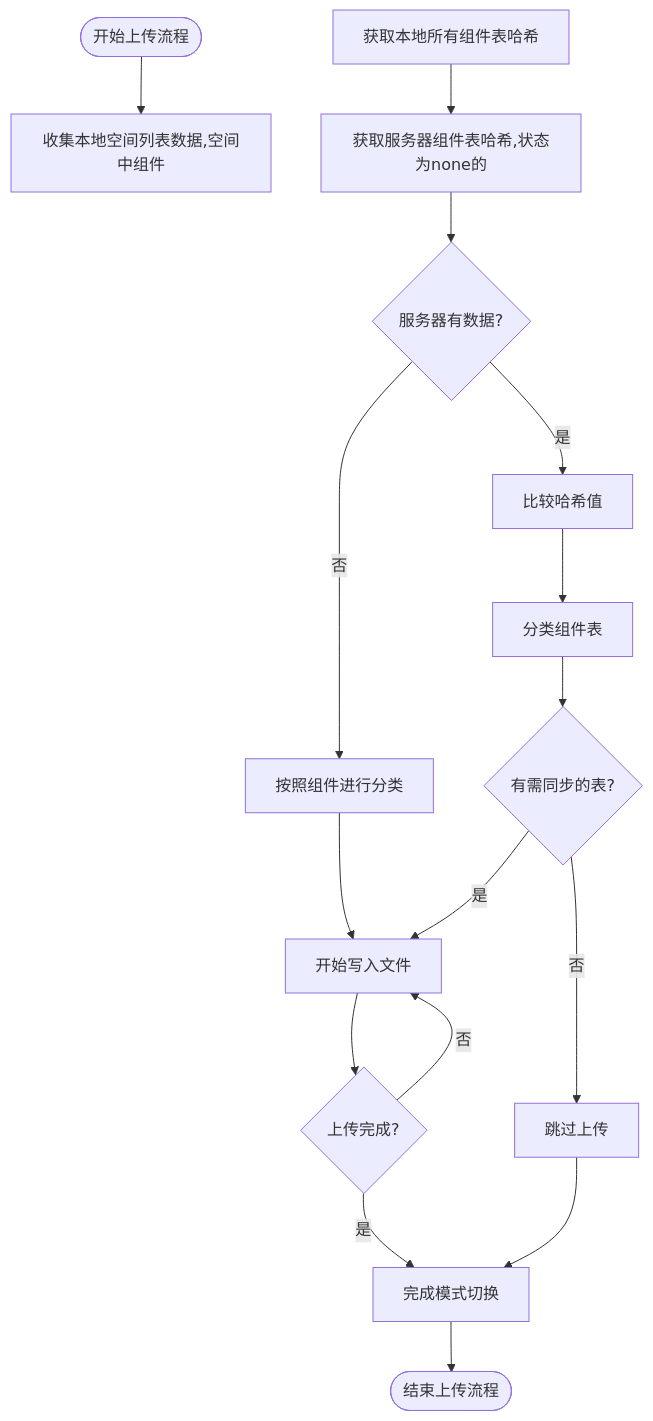
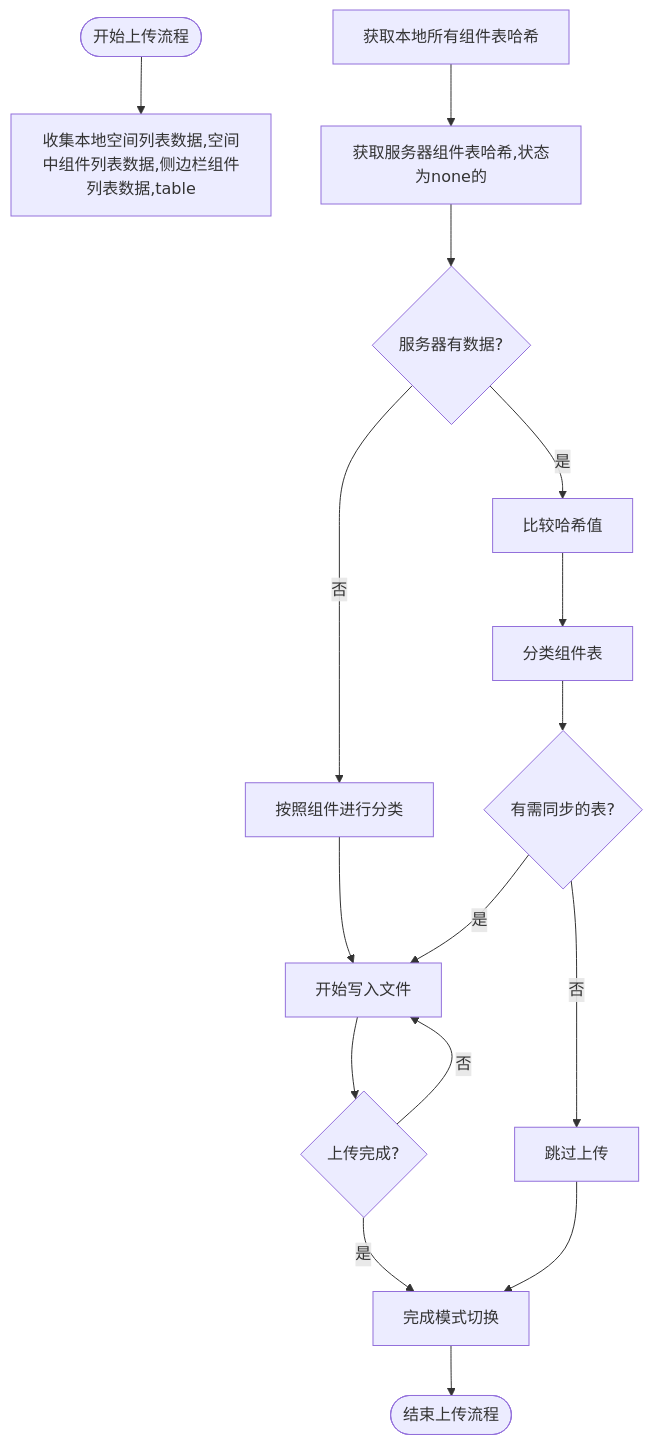
One commit to yingjianzh/iodraw-files changed the diagram in all/未命名-59.md. Above: the diagram before and after it, drawn with Mermaid.

Commit message:
2025-05-14 15:50:49 update

````diff
--- a/all/未命名-59.md
+++ b/all/未命名-59.md
@@ -1,33 +1,33 @@
 ```mermaid
 
 flowchart TD
-    Start([开始上传流程]) --> CollectData[收集本地空间列表数据,空间中组件]
+    Start([开始上传流程]) --> CollectData[收集本地空间列表数据,空间中组件列表数据,侧边栏组件列表数据,table]
     CollectLocalHashes[获取本地所有组件表哈希]
     CollectLocalHashes --> FetchServerHashes[获取服务器组件表哈希,状态为none的]
     
     FetchServerHashes --> ServerHasData{服务器有数据?}
     
     ServerHasData -->|是| CompareHashes[比较哈希值]
     ServerHasData -->|否| ClassifyTables2[按照组件进行分类]
     ClassifyTables2 --> StartBatching[开始写入文件]
     
     CompareHashes --> ClassifyTables[分类组件表]
     ClassifyTables --> HasChanges{有需同步的表?}
     
     HasChanges -->|否| SkipUpload[跳过上传]
     HasChanges -->|是| StartBatching
     
     StartBatching --> UploadComplete{上传完成?}
 
 
     UploadComplete -->|是| FinalizeMode[完成模式切换]
     UploadComplete -->|否| StartBatching
 
     
     
     FinalizeMode --> End([结束上传流程])
     
     SkipUpload --> FinalizeMode
 
 
 ```
````
